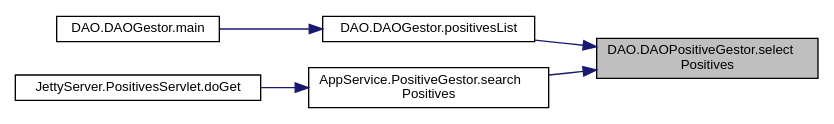
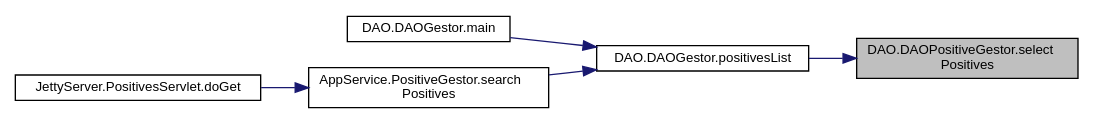
Before and after one commit to enekoatxa/RadarCovid: the diagram in docs/class_d_a_o_1_1_d_a_o_positive_gestor_a6b0a466a9c07c21859cfb8724117a1b6_icgraph.dot, drawn with Graphviz. The commit also changed 160 other files, not shown here.

```diff
--- a/docs/class_d_a_o_1_1_d_a_o_positive_gestor_a6b0a466a9c07c21859cfb8724117a1b6_icgraph.dot
+++ b/docs/class_d_a_o_1_1_d_a_o_positive_gestor_a6b0a466a9c07c21859cfb8724117a1b6_icgraph.dot
@@ -1,16 +1,16 @@
 digraph "DAO.DAOPositiveGestor.selectPositives"
 {
  // LATEX_PDF_SIZE
   edge [fontname="Helvetica",fontsize="10",labelfontname="Helvetica",labelfontsize="10"];
   node [fontname="Helvetica",fontsize="10",shape=record];
   rankdir="RL";
   Node1 [label="DAO.DAOPositiveGestor.select\lPositives",height=0.2,width=0.4,color="black", fillcolor="grey75", style="filled", fontcolor="black",tooltip=" "];
   Node1 -> Node2 [dir="back",color="midnightblue",fontsize="10",style="solid",fontname="Helvetica"];
-  Node2 [label="DAO.DAOGestor.positivesList",height=0.2,width=0.4,color="black", fillcolor="white", style="filled",URL="$class_d_a_o_1_1_d_a_o_gestor.html#a22cf2b35ffc6260acad919d2a8490379",tooltip=" "];
+  Node2 [label="DAO.DAOGestor.positivesList",height=0.2,width=0.4,color="black", fillcolor="white", style="filled",URL="$class_d_a_o_1_1_d_a_o_gestor.html#a578427e12867c22150174f7a5b5c02c3",tooltip=" "];
   Node2 -> Node3 [dir="back",color="midnightblue",fontsize="10",style="solid",fontname="Helvetica"];
   Node3 [label="DAO.DAOGestor.main",height=0.2,width=0.4,color="black", fillcolor="white", style="filled",URL="$class_d_a_o_1_1_d_a_o_gestor.html#a418601ed26da405dd755a8b193aa9d70",tooltip=" "];
-  Node1 -> Node4 [dir="back",color="midnightblue",fontsize="10",style="solid",fontname="Helvetica"];
+  Node2 -> Node4 [dir="back",color="midnightblue",fontsize="10",style="solid",fontname="Helvetica"];
   Node4 [label="AppService.PositiveGestor.search\lPositives",height=0.2,width=0.4,color="black", fillcolor="white", style="filled",URL="$class_app_service_1_1_positive_gestor.html#a2c980437a77527176c1b6116f0399ded",tooltip=" "];
   Node4 -> Node5 [dir="back",color="midnightblue",fontsize="10",style="solid",fontname="Helvetica"];
   Node5 [label="JettyServer.PositivesServlet.doGet",height=0.2,width=0.4,color="black", fillcolor="white", style="filled",URL="$class_jetty_server_1_1_positives_servlet.html#a93dee73d81fa336eab434bad30eff999",tooltip=" "];
 }
```
